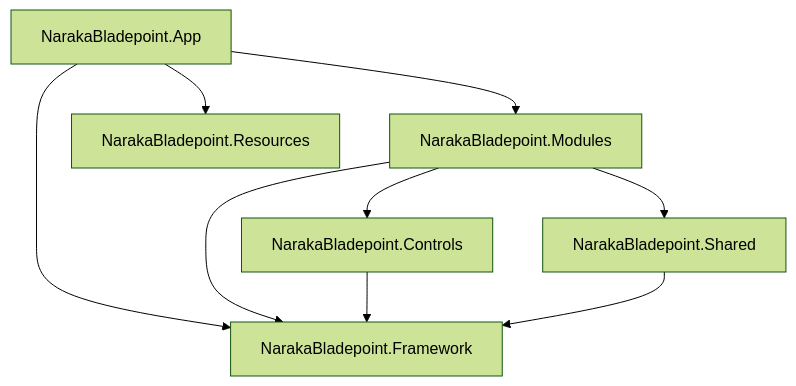
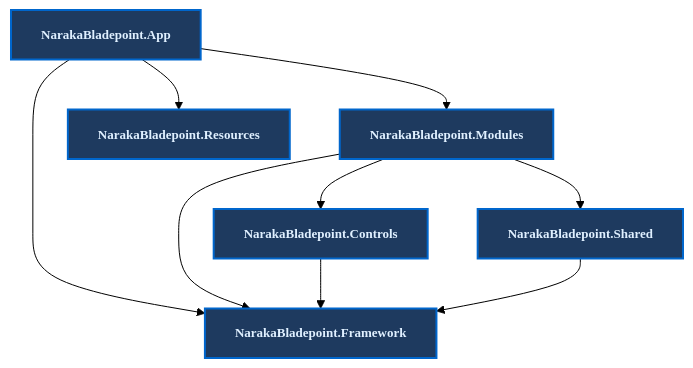
The diagram in README-en.md (ViewSuSu/NarakaBladepoint-WPF), drawn with Mermaid (forest theme) before and after one commit. The commit also changed 1 other file, not shown here.

````diff
--- a/README-en.md
+++ b/README-en.md
@@ -92,13 +92,20 @@
 ```mermaid
 graph TD
     App[NarakaBladepoint.App] --> Modules[NarakaBladepoint.Modules]
     App --> Framework[NarakaBladepoint.Framework]
     App --> Resources[NarakaBladepoint.Resources]
     
     Modules --> Framework
     Modules --> Controls[NarakaBladepoint.Controls]
     Modules --> Shared[NarakaBladepoint.Shared]
     
     Controls --> Framework
     Shared --> Framework
+    
+    style App fill:#1e3a5f,stroke:#0066cc,stroke-width:2px,color:#e0f0ff,font-family:Monaco,font-size:13px,font-weight:bold
+    style Modules fill:#1e3a5f,stroke:#0066cc,stroke-width:2px,color:#e0f0ff,font-family:Monaco,font-size:13px,font-weight:bold
+    style Framework fill:#1e3a5f,stroke:#0066cc,stroke-width:2px,color:#e0f0ff,font-family:Monaco,font-size:13px,font-weight:bold
+    style Resources fill:#1e3a5f,stroke:#0066cc,stroke-width:2px,color:#e0f0ff,font-family:Monaco,font-size:13px,font-weight:bold
+    style Controls fill:#1e3a5f,stroke:#0066cc,stroke-width:2px,color:#e0f0ff,font-family:Monaco,font-size:13px,font-weight:bold
+    style Shared fill:#1e3a5f,stroke:#0066cc,stroke-width:2px,color:#e0f0ff,font-family:Monaco,font-size:13px,font-weight:bold
 ```
````
